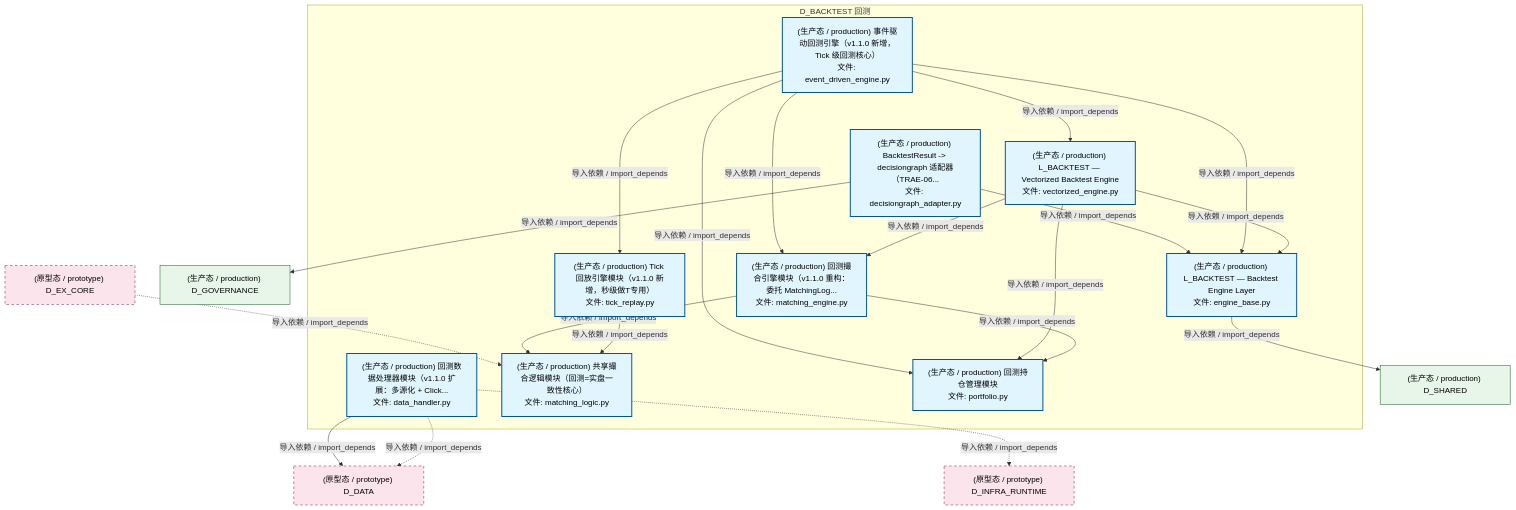
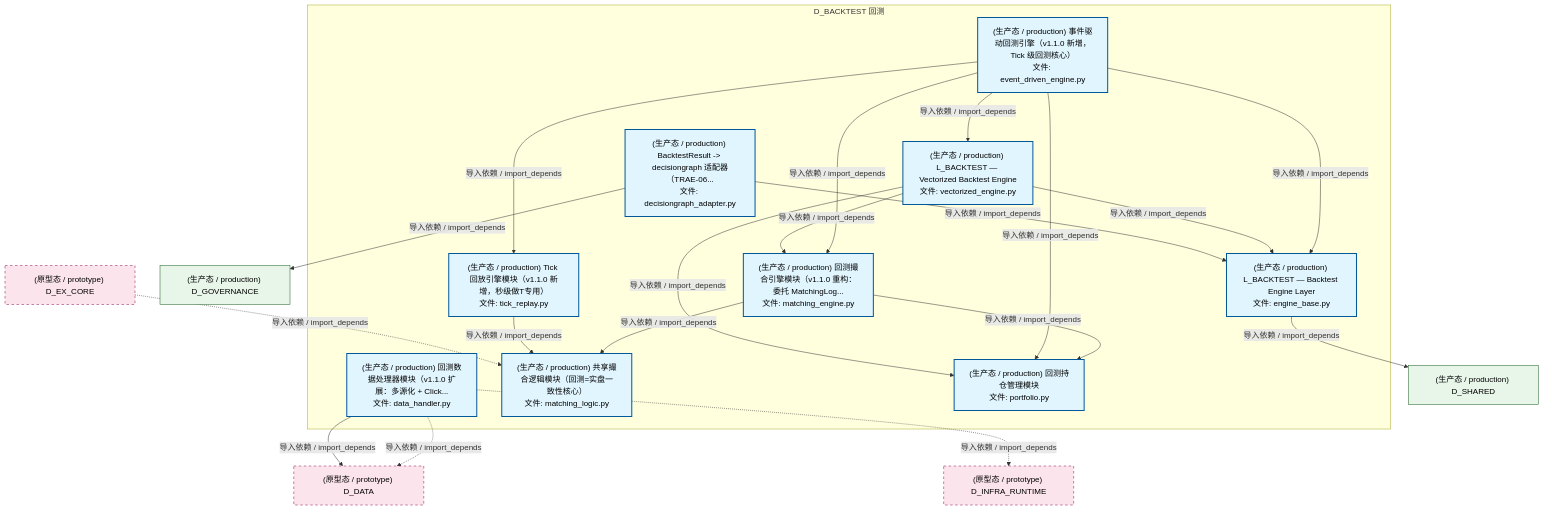
One commit to xuanFelixVan/ZephyrAlpha changed the second of 5 diagrams in docs/02_enterprise_architecture/02_domain_architecture_docs/30_d_backtest.md. Above: the diagram before and after it, drawn with Mermaid. The commit also changed other lines of this file and 93 other files, not shown here.

````diff
--- a/docs/02_enterprise_architecture/02_domain_architecture_docs/30_d_backtest.md
+++ b/docs/02_enterprise_architecture/02_domain_architecture_docs/30_d_backtest.md
@@ -182,44 +182,44 @@
 ```mermaid
 graph TD
     subgraph D_BACKTEST["D_BACKTEST 回测"]
         src_zephyr_backtest_core_data_handler_py["(生产态 / production) 回测数据处理器模块（v1.1.0 扩展：多源化 + Click...<br/>文件: data_handler.py"]
         src_zephyr_backtest_core_engine_base_py["(生产态 / production) L_BACKTEST — Backtest Engine Layer<br/>文件: engine_base.py"]
         src_zephyr_backtest_core_matching_engine_py["(生产态 / production) 回测撮合引擎模块（v1.1.0 重构：委托 MatchingLog...<br/>文件: matching_engine.py"]
         src_zephyr_backtest_core_matching_logic_py["(生产态 / production) 共享撮合逻辑模块（回测=实盘一致性核心）<br/>文件: matching_logic.py"]
         src_zephyr_backtest_core_portfolio_py["(生产态 / production) 回测持仓管理模块<br/>文件: portfolio.py"]
         src_zephyr_backtest_core_tick_replay_py["(生产态 / production) Tick 回放引擎模块（v1.1.0 新增，秒级做T专用）<br/>文件: tick_replay.py"]
         src_zephyr_backtest_implementations_event_driven_engine_py["(生产态 / production) 事件驱动回测引擎（v1.1.0 新增，Tick 级回测核心）<br/>文件: event_driven_engine.py"]
         src_zephyr_backtest_implementations_vectorized_engine_py["(生产态 / production) L_BACKTEST — Vectorized Backtest Engine<br/>文件: vectorized_engine.py"]
         src_zephyr_backtest_io_decisiongraph_adapter_py["(生产态 / production) BacktestResult -> decisiongraph 适配器（TRAE-06...<br/>文件: decisiongraph_adapter.py"]
     end
-    src_zephyr_backtest_core_tick_replay_py -->|导入依赖 / import_depends| src_zephyr_backtest_core_matching_logic_py
     src_zephyr_backtest_core_matching_engine_py -->|导入依赖 / import_depends| src_zephyr_backtest_core_matching_logic_py
     src_zephyr_backtest_core_matching_engine_py -->|导入依赖 / import_depends| src_zephyr_backtest_core_portfolio_py
+    src_zephyr_backtest_core_tick_replay_py -->|导入依赖 / import_depends| src_zephyr_backtest_core_matching_logic_py
+    src_zephyr_backtest_implementations_event_driven_engine_py -->|导入依赖 / import_depends| src_zephyr_backtest_core_matching_engine_py
+    src_zephyr_backtest_implementations_event_driven_engine_py -->|导入依赖 / import_depends| src_zephyr_backtest_core_engine_base_py
+    src_zephyr_backtest_implementations_event_driven_engine_py -->|导入依赖 / import_depends| src_zephyr_backtest_core_tick_replay_py
+    src_zephyr_backtest_implementations_event_driven_engine_py -->|导入依赖 / import_depends| src_zephyr_backtest_core_portfolio_py
+    src_zephyr_backtest_implementations_event_driven_engine_py -->|导入依赖 / import_depends| src_zephyr_backtest_implementations_vectorized_engine_py
+    src_zephyr_backtest_implementations_vectorized_engine_py -->|导入依赖 / import_depends| src_zephyr_backtest_core_matching_engine_py
     src_zephyr_backtest_implementations_vectorized_engine_py -->|导入依赖 / import_depends| src_zephyr_backtest_core_engine_base_py
     src_zephyr_backtest_implementations_vectorized_engine_py -->|导入依赖 / import_depends| src_zephyr_backtest_core_portfolio_py
-    src_zephyr_backtest_implementations_vectorized_engine_py -->|导入依赖 / import_depends| src_zephyr_backtest_core_matching_engine_py
-    src_zephyr_backtest_implementations_event_driven_engine_py -->|导入依赖 / import_depends| src_zephyr_backtest_core_engine_base_py
-    src_zephyr_backtest_implementations_event_driven_engine_py -->|导入依赖 / import_depends| src_zephyr_backtest_core_portfolio_py
-    src_zephyr_backtest_implementations_event_driven_engine_py -->|导入依赖 / import_depends| src_zephyr_backtest_core_tick_replay_py
-    src_zephyr_backtest_implementations_event_driven_engine_py -->|导入依赖 / import_depends| src_zephyr_backtest_core_matching_engine_py
-    src_zephyr_backtest_implementations_event_driven_engine_py -->|导入依赖 / import_depends| src_zephyr_backtest_implementations_vectorized_engine_py
     src_zephyr_backtest_io_decisiongraph_adapter_py -->|导入依赖 / import_depends| src_zephyr_backtest_core_engine_base_py
     D_DATA["(原型态 / prototype) D_DATA"]
     src_zephyr_backtest_core_data_handler_py -.->|导入依赖 / import_depends| D_DATA
     src_zephyr_backtest_core_data_handler_py -->|导入依赖 / import_depends| D_DATA
     D_INFRA_RUNTIME["(原型态 / prototype) D_INFRA_RUNTIME"]
     src_zephyr_backtest_core_data_handler_py -.->|导入依赖 / import_depends| D_INFRA_RUNTIME
     D_SHARED["(生产态 / production) D_SHARED"]
     src_zephyr_backtest_core_engine_base_py -->|导入依赖 / import_depends| D_SHARED
     D_GOVERNANCE["(生产态 / production) D_GOVERNANCE"]
     src_zephyr_backtest_io_decisiongraph_adapter_py -->|导入依赖 / import_depends| D_GOVERNANCE
     D_EX_CORE["(原型态 / prototype) D_EX_CORE"]
     D_EX_CORE -.->|导入依赖 / import_depends| src_zephyr_backtest_core_matching_logic_py
     classDef production fill:#e1f5fe,stroke:#01579b,stroke-width:2px,color:#000
     classDef design fill:#fff3e0,stroke:#e65100,stroke-width:2px,color:#000,stroke-dasharray: 5 5
     classDef external_prod fill:#e8f5e9,stroke:#1b5e20,stroke-width:1px,color:#000
     classDef external_design fill:#fce4ec,stroke:#880e4f,stroke-width:1px,color:#000,stroke-dasharray: 5 5
     class src_zephyr_backtest_core_data_handler_py,src_zephyr_backtest_core_engine_base_py,src_zephyr_backtest_core_matching_engine_py,src_zephyr_backtest_core_matching_logic_py,src_zephyr_backtest_core_portfolio_py,src_zephyr_backtest_core_tick_replay_py,src_zephyr_backtest_implementations_event_driven_engine_py,src_zephyr_backtest_implementations_vectorized_engine_py,src_zephyr_backtest_io_decisiongraph_adapter_py production
     class D_SHARED,D_GOVERNANCE external_prod
     class D_DATA,D_INFRA_RUNTIME,D_EX_CORE external_design
 ```
````
